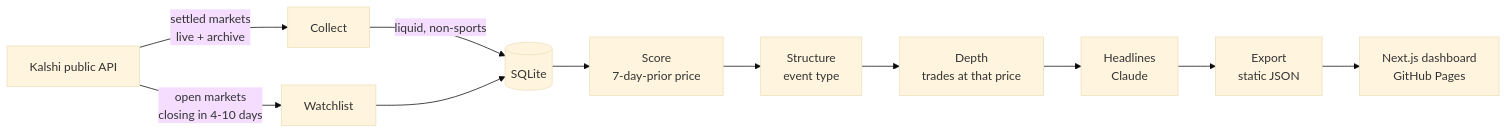
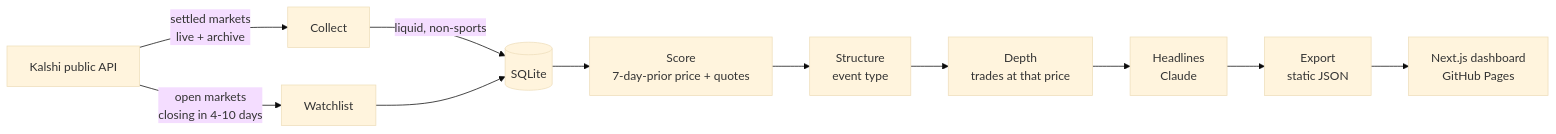
Before and after one commit to emilija-tashevska/black-swan-event-intelligence: the diagram in README.md, drawn with Mermaid (base theme). The commit also changed other lines of this file and 21 other files, not shown here.

````diff
--- a/README.md
+++ b/README.md
@@ -53,13 +55,13 @@
 ```mermaid
 flowchart LR
     A[Kalshi public API] -->|settled markets<br/>live + archive| B[Collect]
     B -->|liquid, non-sports| DB[(SQLite)]
-    DB --> C[Score<br/>7-day-prior price]
+    DB --> C[Score<br/>7-day-prior price + quotes]
     C --> S[Structure<br/>event type]
     S --> D[Depth<br/>trades at that price]
     D --> E[Headlines<br/>Claude]
     E --> F[Export<br/>static JSON]
     A -->|open markets<br/>closing in 4-10 days| W[Watchlist]
     W --> DB
     F --> G[Next.js dashboard<br/>GitHub Pages]
 ```
````
